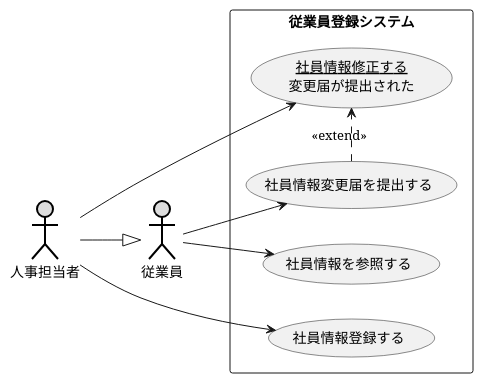
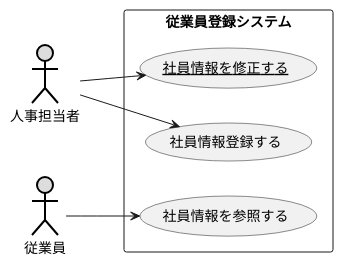
Before and after one commit to mimoza126/uml-introduction: the diagram in 演習2-6_盛岡システム_従業員登録システム.pu, drawn with PlantUML. The commit also changed 1 other file, not shown here.

```diff
--- a/演習2-6_盛岡システム_従業員登録システム.pu
+++ b/演習2-6_盛岡システム_従業員登録システム.pu
@@ -1,17 +1,13 @@
 @startuml ユースケース図
 left to right direction
 actor 人事担当者 #DDDDDD;line:black;line.bold;
 actor 従業員 #DDDDDD;line:black;line.bold;
 rectangle 従業員登録システム{
     usecase 社員情報を参照する 
     usecase 社員情報登録する 
-    usecase 社員情報変更届を提出する 
-    usecase (<u>社員情報修正する</u>\n変更届が提出された) as input
+    usecase (<u>社員情報を修正する</u>) as input
 }
 従業員 --> 社員情報を参照する
-従業員 --> 社員情報変更届を提出する
 人事担当者--> input
 人事担当者 --> 社員情報登録する
-人事担当者 --|> 従業員
-社員情報変更届を提出する  .> input: <<extend>>
 @enduml
```
